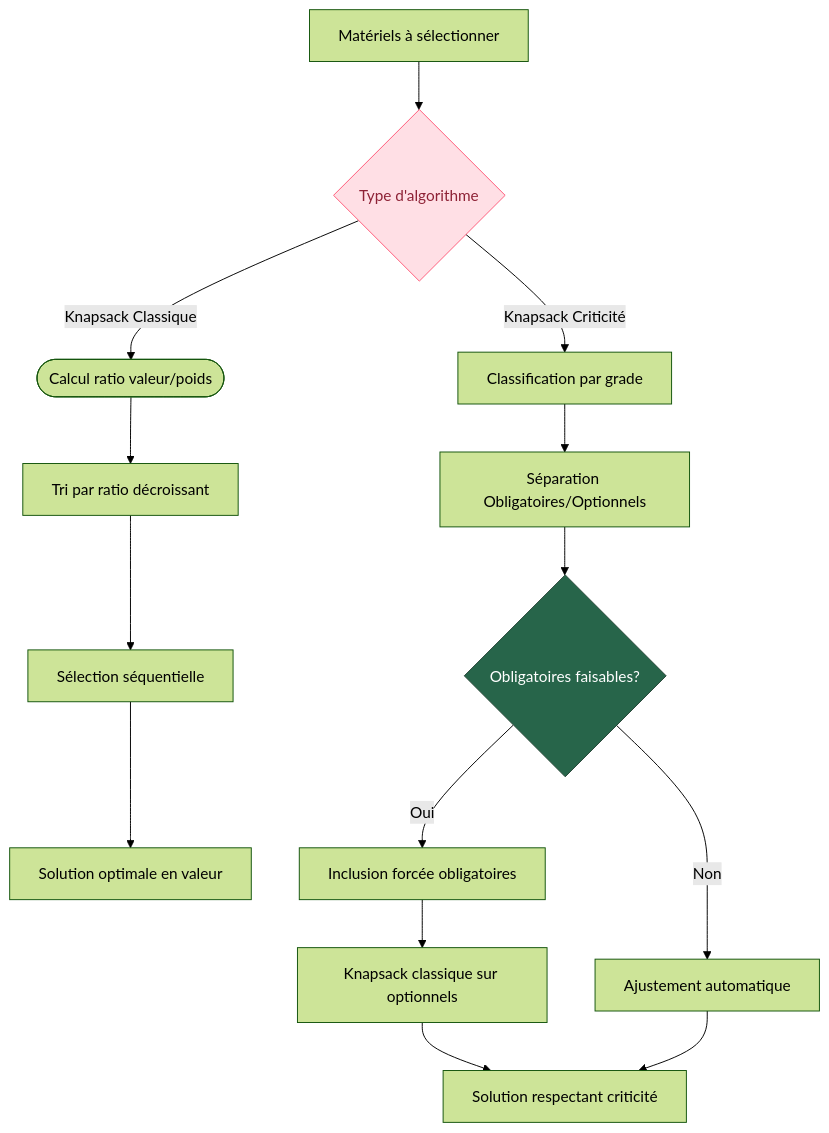
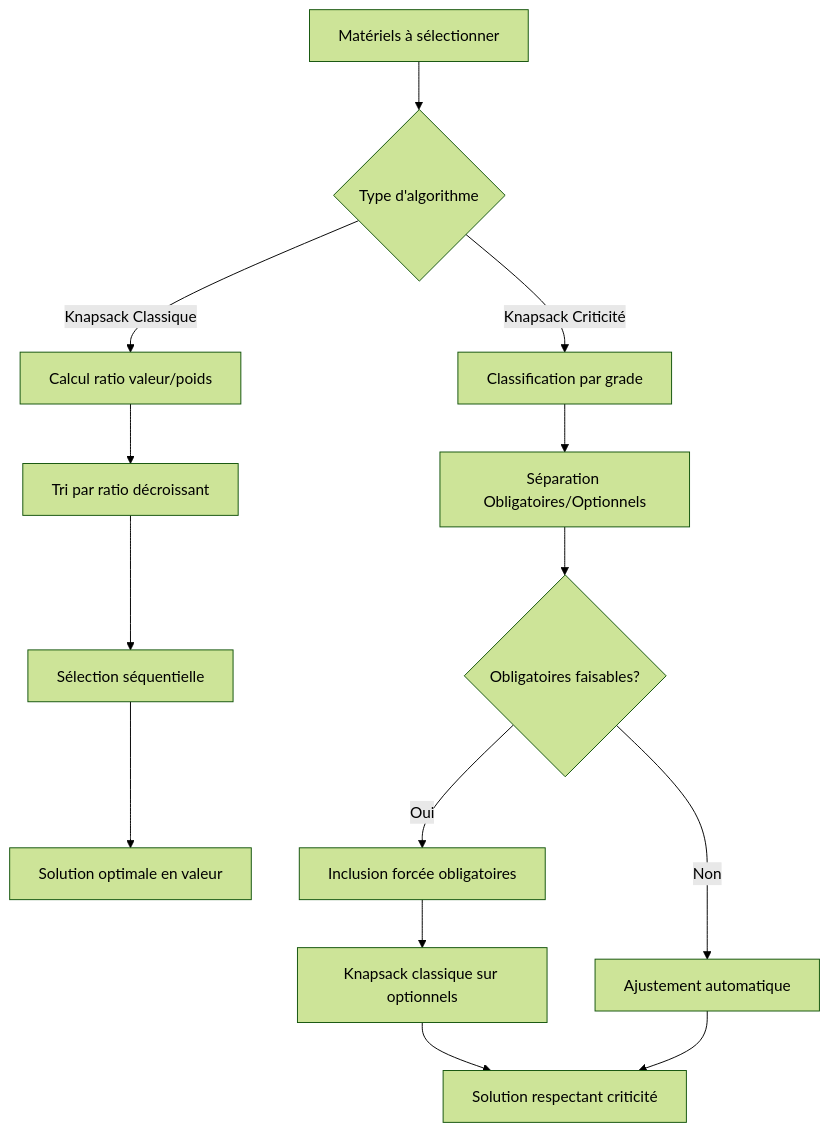
The first of 2 diagrams in knapsack_comparison.md (Singularity-Institute/PTL-r-appro-), drawn with Mermaid (forest theme) before and after one commit. The commit also changed other lines of this file, not shown here.

````diff
--- a/knapsack_comparison.md
+++ b/knapsack_comparison.md
@@ -15,25 +15,19 @@
 ```mermaid
-flowchart TD
-    A["Matériels à sélectionner"] --> B@{ label: "Type d'algorithme" }
-    B -- Knapsack Classique --> C(["Calcul ratio valeur/poids"])
-    C --> D["Tri par ratio décroissant"]
-    D --> E["Sélection séquentielle"]
-    E --> F["Solution optimale en valeur"]
-    B -- Knapsack Criticité --> G["Classification par grade"]
-    G --> H["Séparation Obligatoires/Optionnels"]
-    H --> I{"Obligatoires faisables?"}
-    I -- Non --> J["Ajustement automatique"]
-    I -- Oui --> K["Inclusion forcée obligatoires"]
-    K --> L["Knapsack classique sur optionnels"]
-    L --> M["Solution respectant criticité"]
+graph TD
+    A[Matériels à sélectionner] --> B{Type d'algorithme}
+    
+    B -->|Knapsack Classique| C[Calcul ratio valeur/poids]
+    C --> D[Tri par ratio décroissant]
+    D --> E[Sélection séquentielle]
+    E --> F[Solution optimale en valeur]
+    
+    B -->|Knapsack Criticité| G[Classification par grade]
+    G --> H[Séparation Obligatoires/Optionnels]
+    H --> I{Obligatoires faisables?}
+    I -->|Non| J[Ajustement automatique]
+    I -->|Oui| K[Inclusion forcée obligatoires]
+    K --> L[Knapsack classique sur optionnels]
+    L --> M[Solution respectant criticité]
+    
     J --> M
-
-    B@{ shape: diamond}
-     B:::Rose
-     I:::Pine
-    classDef Pine stroke-width:1px, stroke-dasharray:none, stroke:#254336, fill:#27654A, color:#FFFFFF
-    classDef Rose stroke-width:1px, stroke-dasharray:none, stroke:#FF5978, fill:#FFDFE5, color:#8E2236
-
-
-
 ```
````
